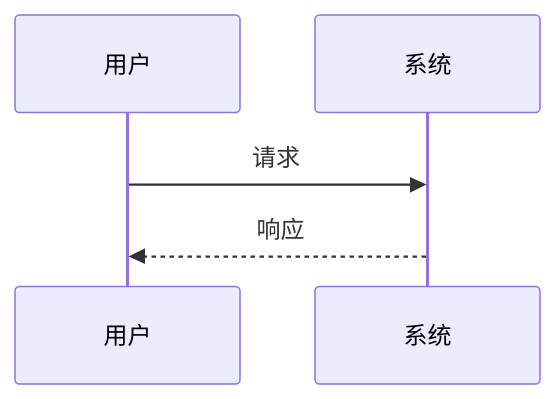
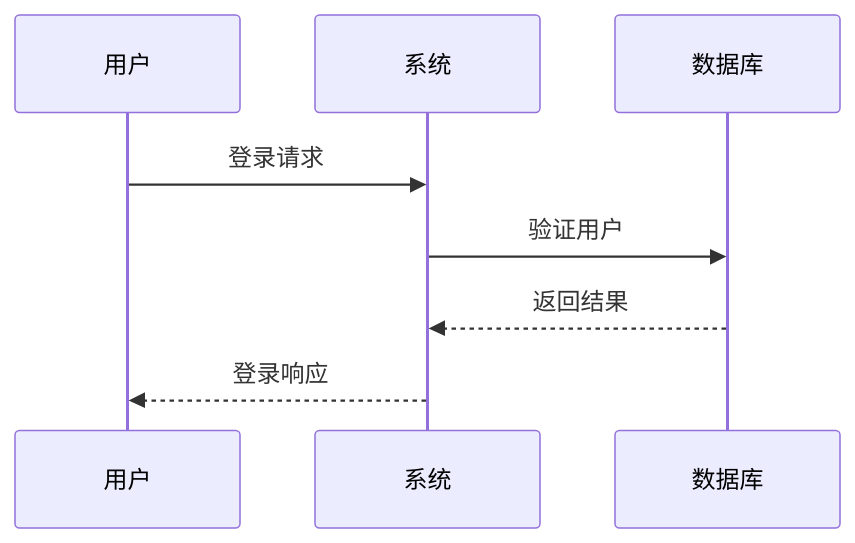
One commit to onshinpei/ds-markdown-mermaid-plugin changed the second of 6 diagrams in README.md. Above: the diagram before and after it, drawn with Mermaid. The commit also changed other lines of this file, not shown here.

````diff
--- a/README.md
+++ b/README.md
@@ -246,7 +115,11 @@
 ```mermaid
 sequenceDiagram
-  participant 用户
-  participant 系统
-  用户->>系统: 请求
-  系统-->>用户: 响应
+    participant 用户
+    participant 系统
+    participant 数据库
+
+    用户->>系统: 登录请求
+    系统->>数据库: 验证用户
+    数据库-->>系统: 返回结果
+    系统-->>用户: 登录响应
 ```
````
